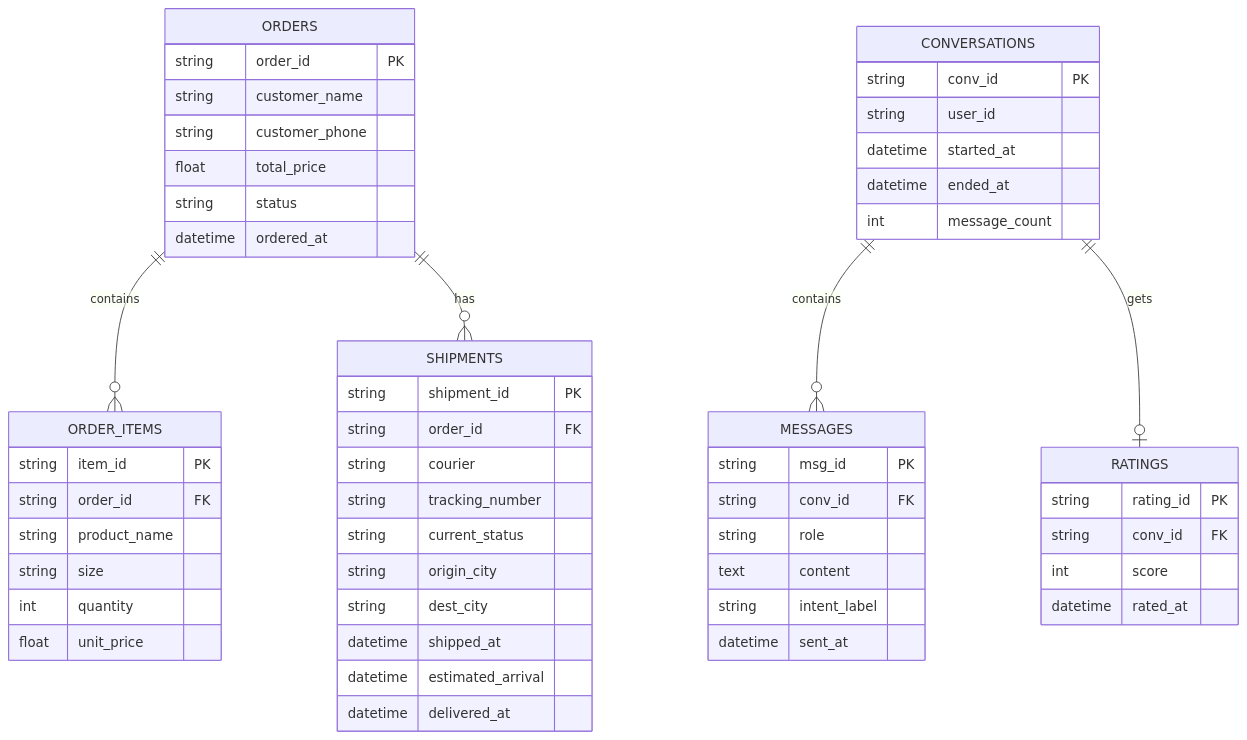
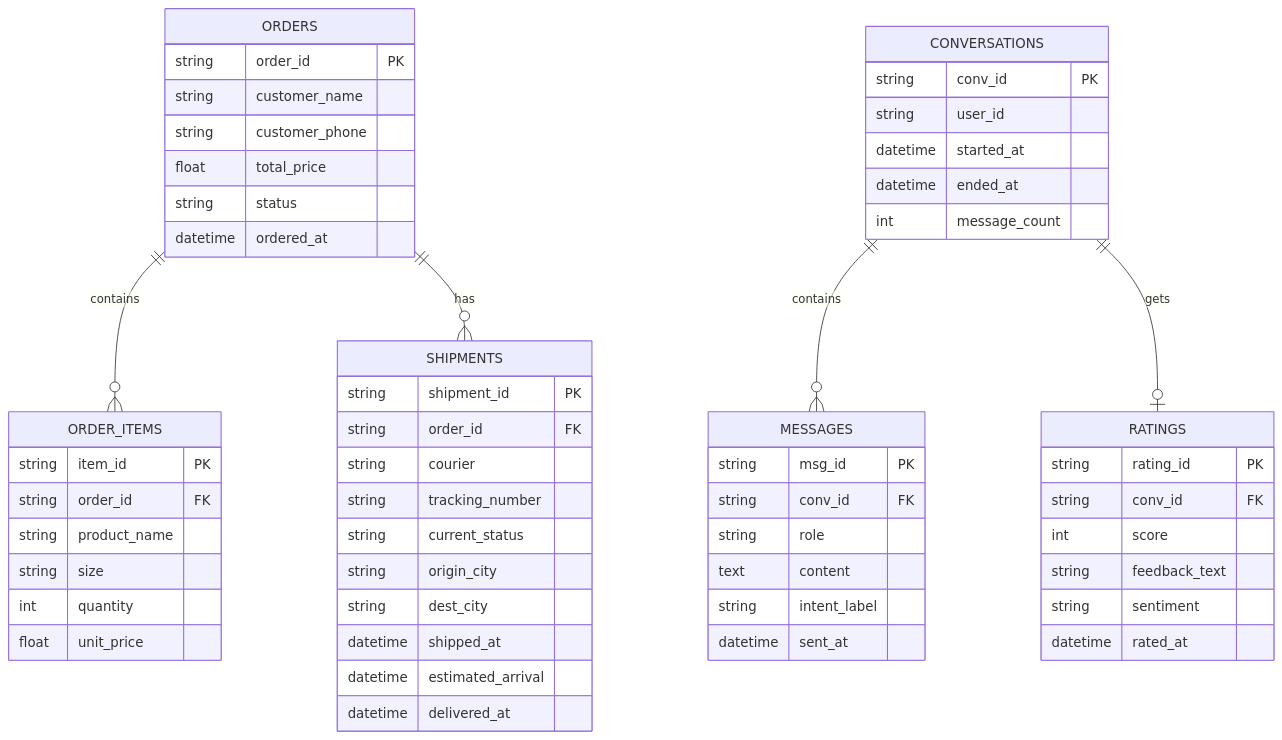
The diagram in erd.mmd (deiraaisyar/umkm-customer-service-ai), drawn with Mermaid before and after one commit. The commit also changed 12 other files, not shown here.

````diff
--- a/erd.mmd
+++ b/erd.mmd
@@ -1,62 +1,64 @@
 ```mermaid
 erDiagram
   ORDERS {
     string order_id PK
     string customer_name
     string customer_phone
     float total_price
     string status
     datetime ordered_at
   }
 
   ORDER_ITEMS {
     string item_id PK
     string order_id FK
     string product_name
     string size
     int quantity
     float unit_price
   }
 
   SHIPMENTS {
     string shipment_id PK
     string order_id FK
     string courier
     string tracking_number
     string current_status
     string origin_city
     string dest_city
     datetime shipped_at
     datetime estimated_arrival
     datetime delivered_at
   }
 
   CONVERSATIONS {
     string conv_id PK
     string user_id
     datetime started_at
     datetime ended_at
     int message_count
   }
 
   MESSAGES {
     string msg_id PK
     string conv_id FK
     string role
     text content
     string intent_label
     datetime sent_at
   }
 
   RATINGS {
     string rating_id PK
     string conv_id FK
     int score
+    string feedback_text
+    string sentiment
     datetime rated_at
   }
 
   ORDERS ||--o{ ORDER_ITEMS : "contains"
   ORDERS ||--o{ SHIPMENTS : "has"
   CONVERSATIONS ||--o{ MESSAGES : "contains"
   CONVERSATIONS ||--o| RATINGS : "gets"
 ```
````
